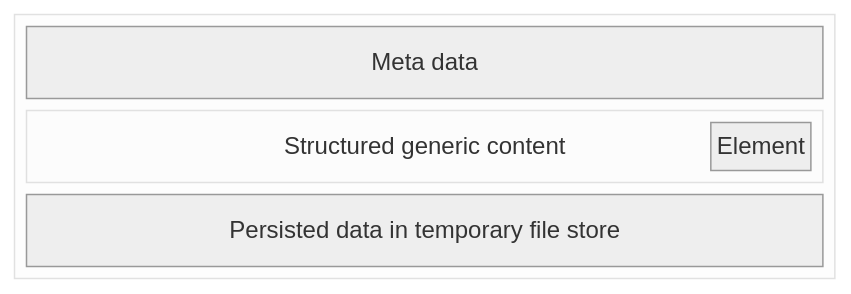
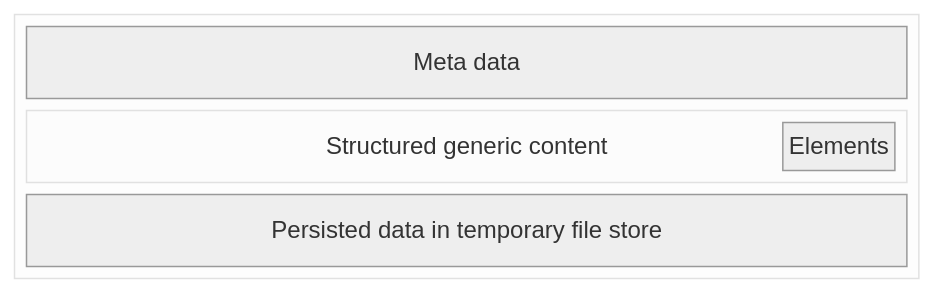
One commit to officialgazette/publication-standard changed the second of 2 diagrams in README.md. Above: the diagram before and after it, drawn with Mermaid. The commit also changed other lines of this file, not shown here.

````diff
--- a/README.md
+++ b/README.md
@@ -94,23 +95,23 @@
 ```mermaid
 
 %%{
   init: {
     'theme': 'neutral'
   }
 }%%
 
 block-beta
 block:scope:1
 columns 1
 meta["Meta data"]:1
 block:content["Structured generic content"]:1
 
 space:6
 
-Element:1
+Elements
 
 end
 archive["Persisted data in temporary file store"]
 end
 
 ```
````
